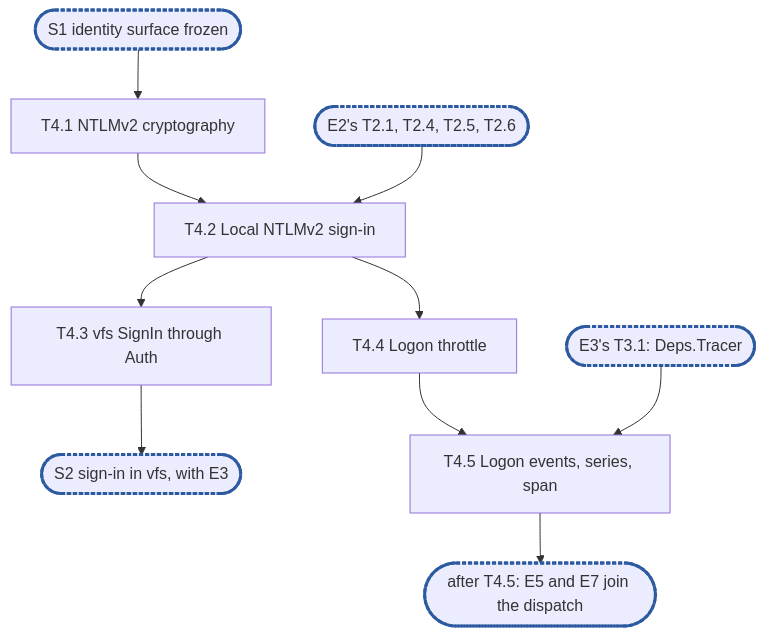
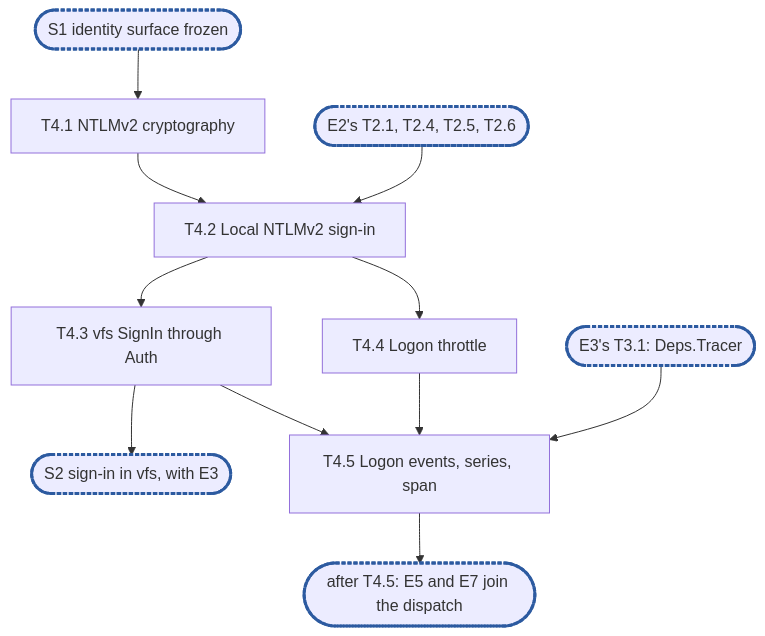
The diagram in docs/internals/planning/rfc-18-identity-epic4.md (cubbit/dittofs), drawn with Mermaid before and after one commit. The commit also changed other lines of this file, not shown here.

````diff
--- a/docs/internals/planning/rfc-18-identity-epic4.md
+++ b/docs/internals/planning/rfc-18-identity-epic4.md
@@ -541,13 +545,14 @@
 ```mermaid
 flowchart TD
   S1(["S1 identity surface frozen"]):::sync --> T4_1["T4.1 NTLMv2 cryptography"]
   T4_1 --> T4_2["T4.2 Local NTLMv2 sign-in"]
   X2(["E2's T2.1, T2.4, T2.5, T2.6"]):::sync --> T4_2
   T4_2 --> T4_3["T4.3 vfs SignIn through Auth"]
   T4_3 --> S2(["S2 sign-in in vfs, with E3"]):::sync
   T4_2 --> T4_4["T4.4 Logon throttle"]
   T4_4 --> T4_5["T4.5 Logon events, series, span"]
+  T4_3 --> T4_5
   X3(["E3's T3.1: Deps.Tracer"]):::sync --> T4_5
   T4_5 --> C1(["after T4.5: E5 and E7 join the dispatch"]):::sync
   classDef sync stroke:#2c5aa0,stroke-width:3px,stroke-dasharray:4 2
 ```
````
